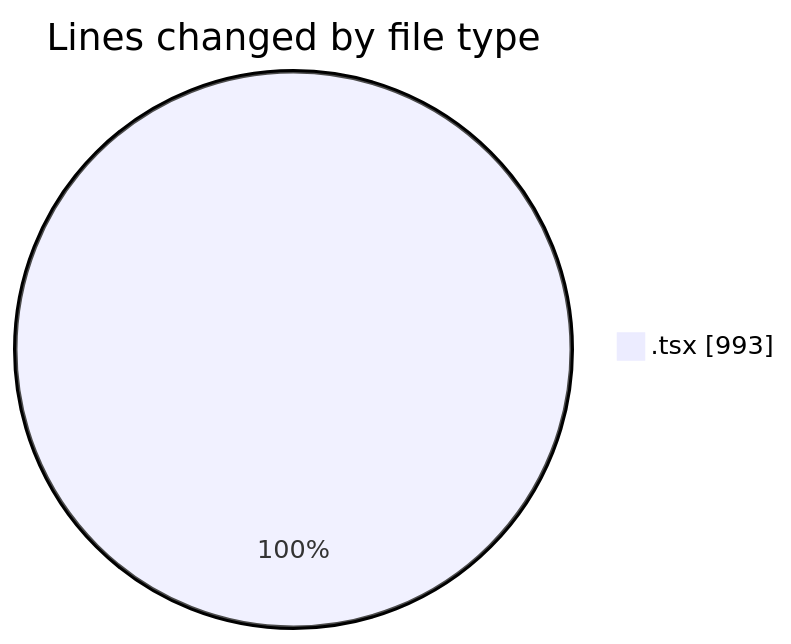
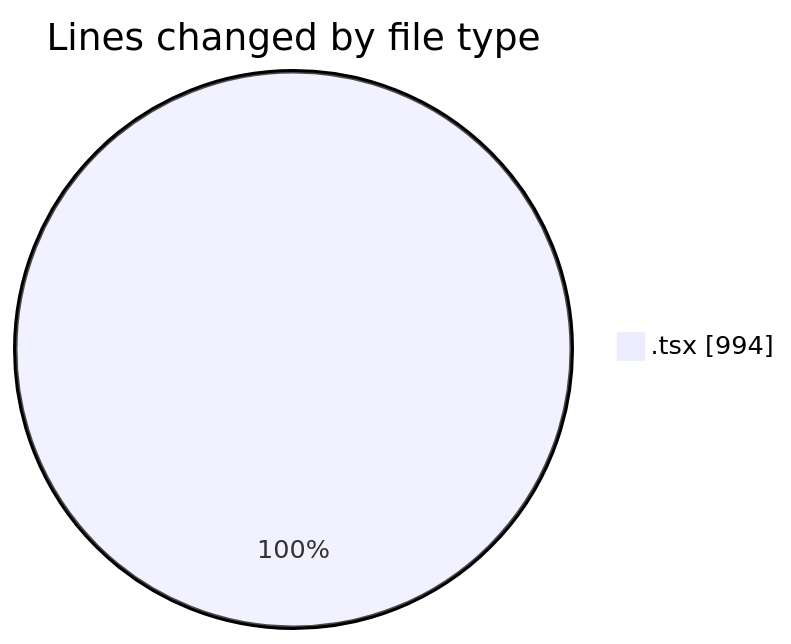
Before and after one commit to nxtqubesakshisongat/code-tracking: the first of 2 diagrams in 2026-06-22/nxtqube_webapp/README.md, drawn with Mermaid. The commit also changed other lines of this file and 1 other file, not shown here.

````diff
--- a/2026-06-22/nxtqube_webapp/README.md
+++ b/2026-06-22/nxtqube_webapp/README.md
@@ -20,5 +20,5 @@
 ```mermaid
 pie showData
 title Lines changed by file type
-".tsx" : 993
+".tsx" : 994
 ```
````
